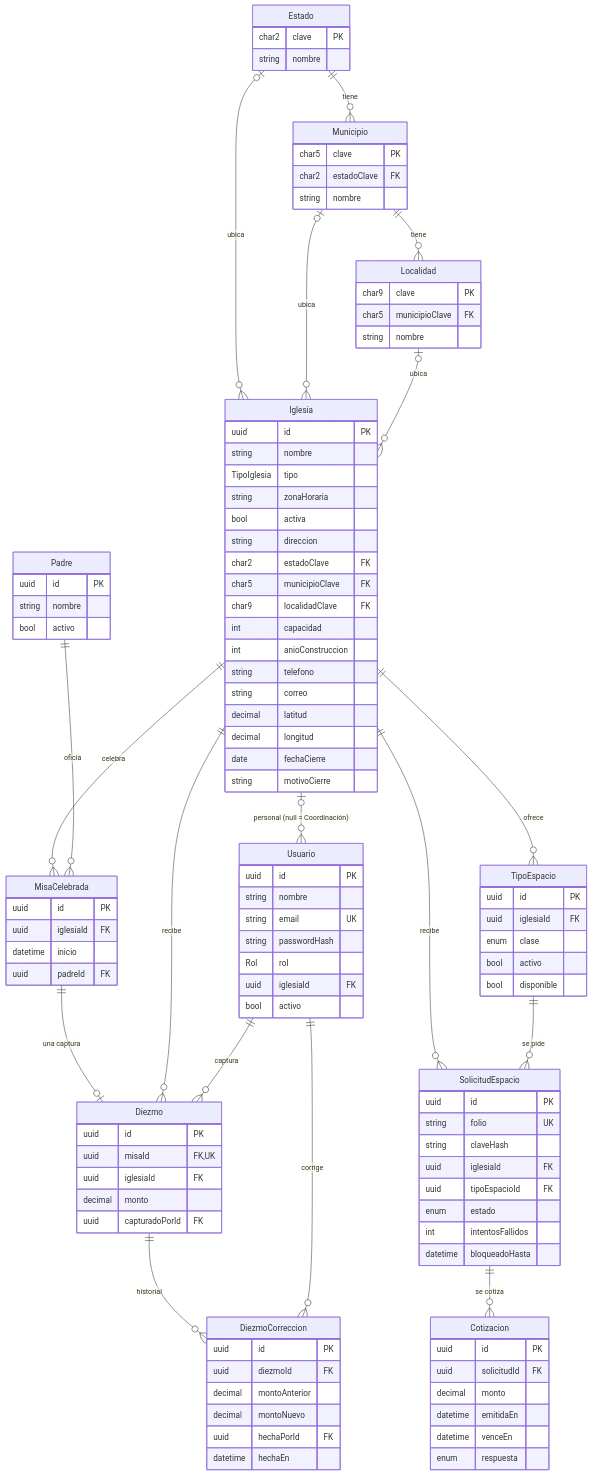
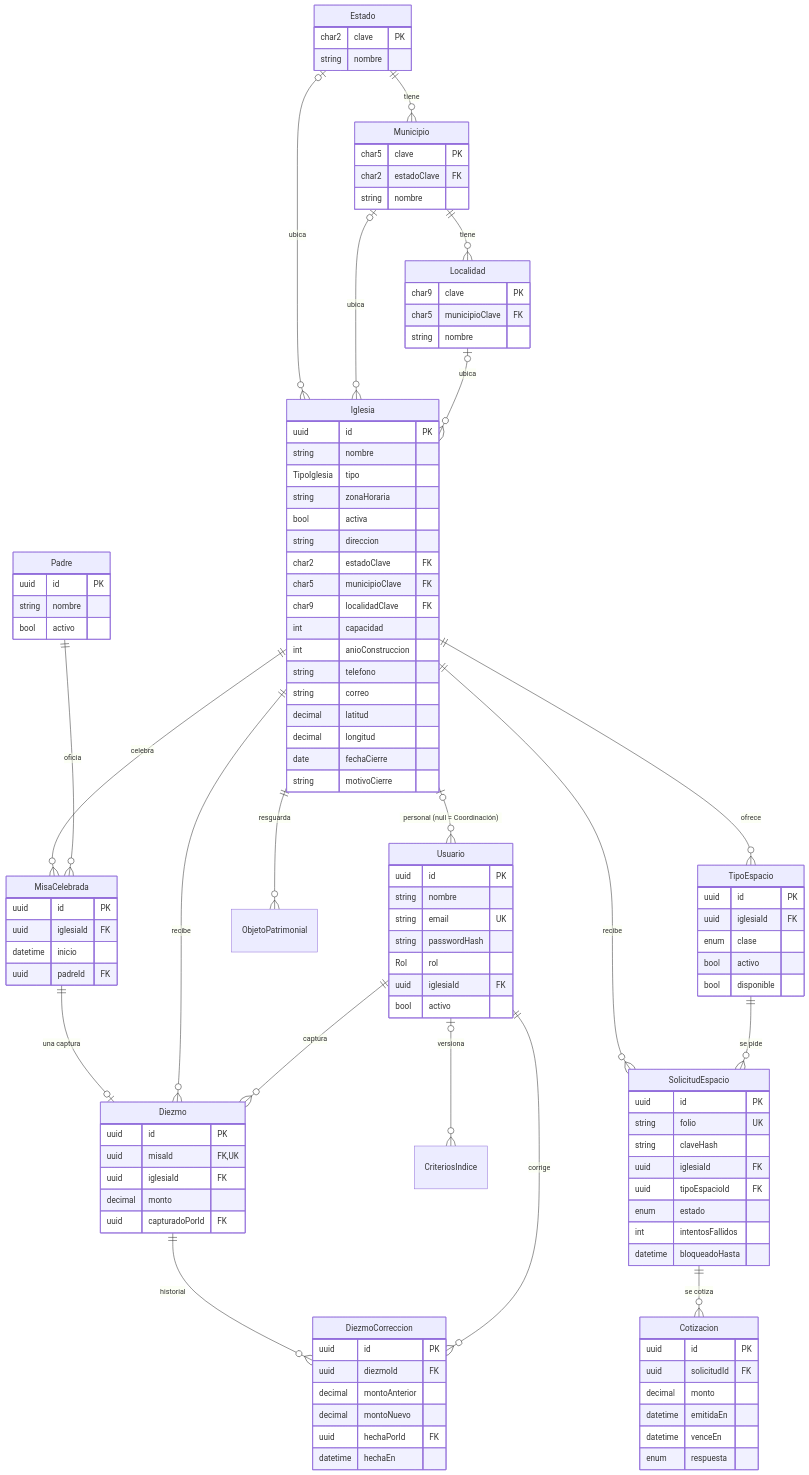
The first of 2 diagrams in docs/modelo-datos.md (Asahel-Pech20/Iglesy-App-C), drawn with Mermaid before and after one commit. The commit also changed other lines of this file, not shown here.

First line of the commit message:
docs(modelo-datos): ObjetoPatrimonial y CriteriosIndice implementados (PR #20)

```diff
--- a/docs/modelo-datos.md
+++ b/docs/modelo-datos.md
@@ -29,6 +29,8 @@
   Diezmo ||--o{ DiezmoCorreccion : "historial"
   Usuario ||--o{ Diezmo : "captura"
   Usuario ||--o{ DiezmoCorreccion : "corrige"
+  Iglesia ||--o{ ObjetoPatrimonial : "resguarda"
+  Usuario |o--o{ CriteriosIndice : "versiona"
 
   Estado {
     char2 clave PK
```
